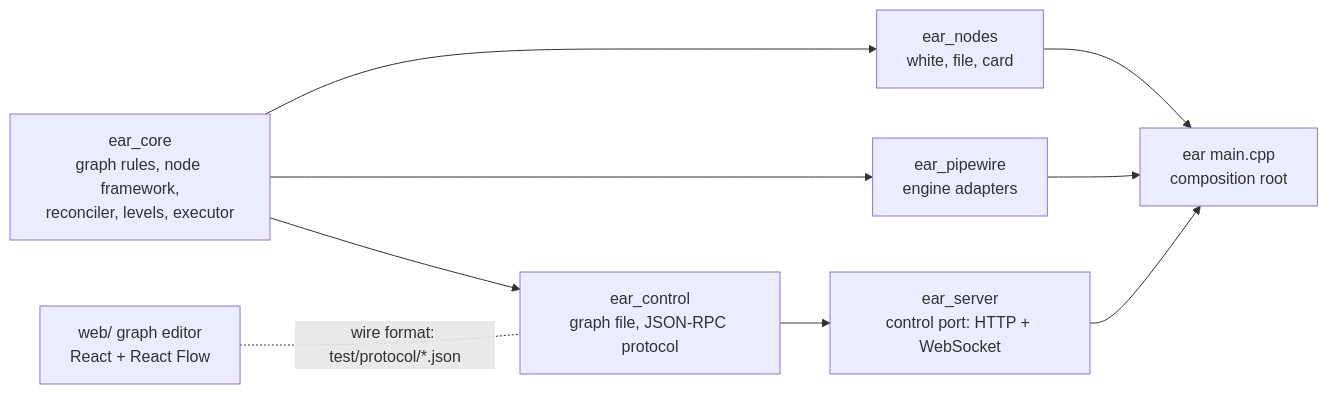
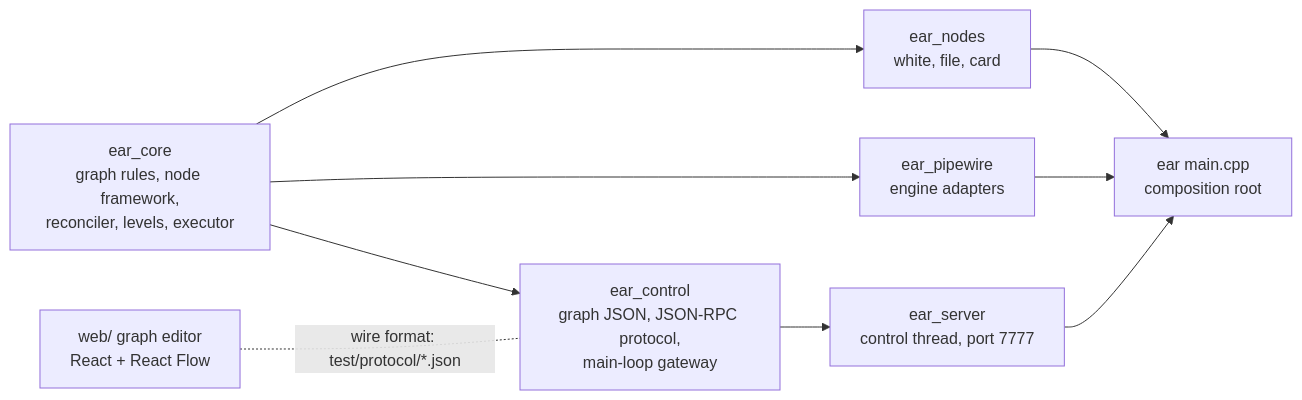
The first of 2 diagrams in docs/design/batch2.md (mcurcio/ear), drawn with Mermaid before and after one commit. The commit also changed other lines of this file, not shown here.

````diff
--- a/docs/design/batch2.md
+++ b/docs/design/batch2.md
@@ -60,14 +71,14 @@
 ```mermaid
 flowchart LR
   core[ear_core<br/>graph rules, node framework,<br/>reconciler, levels, executor]
   nodes[ear_nodes<br/>white, file, card]
   pw[ear_pipewire<br/>engine adapters]
-  control[ear_control<br/>graph file, JSON-RPC protocol]
-  server[ear_server<br/>control port: HTTP + WebSocket]
+  control[ear_control<br/>graph JSON, JSON-RPC protocol,<br/>main-loop gateway]
+  server[ear_server<br/>control thread, port 7777]
   main[ear main.cpp<br/>composition root]
   web[web/ graph editor<br/>React + React Flow]
   core --> nodes & pw & control
   control --> server
   nodes & pw & server --> main
   web -. "wire format: test/protocol/*.json" .- control
 ```
````
